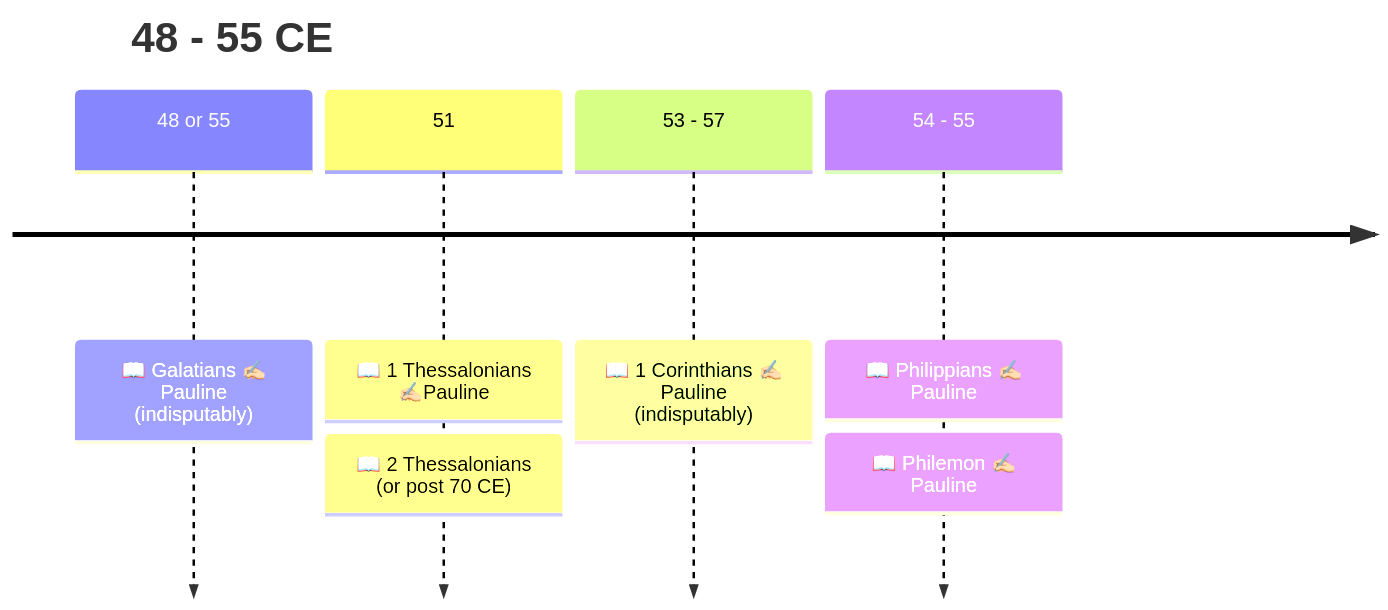
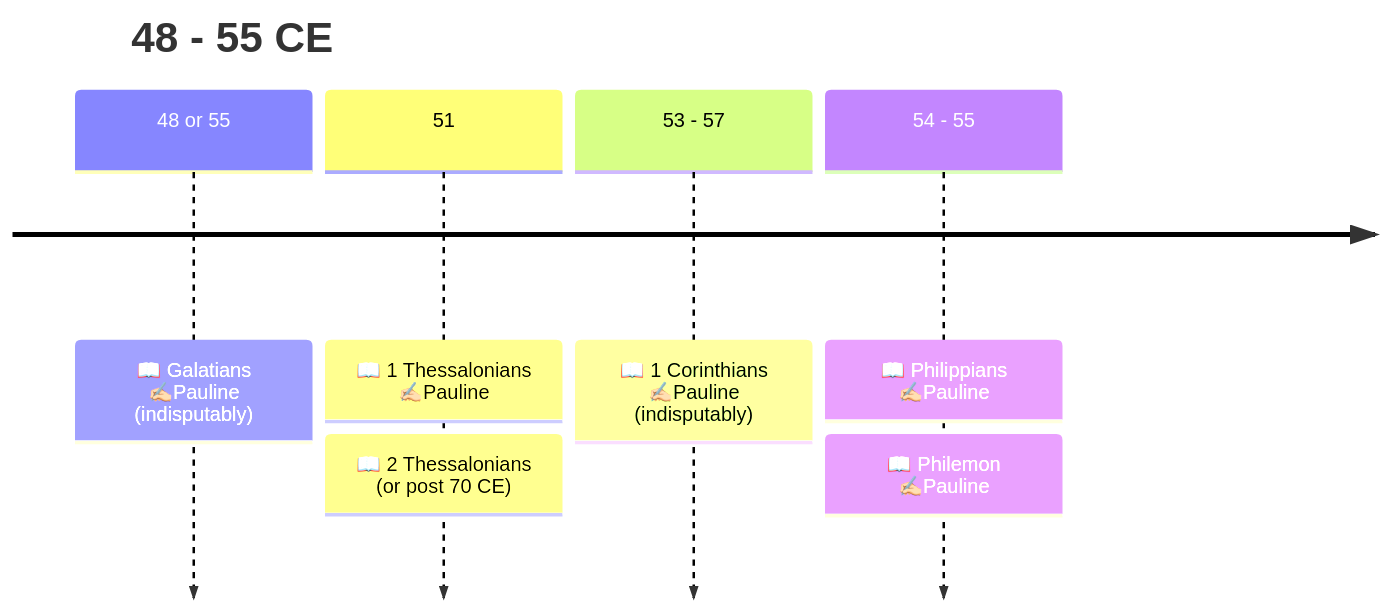
The second of 5 diagrams in bible/NT/timeline.md (mibstar-ventures/thechosen), drawn with Mermaid before and after one commit. The commit also changed other lines of this file, not shown here.

Commit message:
Additional zoomed timeline

```diff
--- a/bible/NT/timeline.md
+++ b/bible/NT/timeline.md
@@ -45,10 +48,10 @@
 <pre class="mermaid">
 timeline
     title 48 - 55 CE
-        48 or 55 : 📖 Galatians ✍🏼 Pauline (indisputably)
+        48 or 55 : 📖 Galatians ✍🏼Pauline (indisputably)
         51  : 📖 1 Thessalonians ✍🏼Pauline
         : 📖 2 Thessalonians (or post 70 CE) 
-        53 - 57 : 📖 1 Corinthians ✍🏼 Pauline (indisputably)
-        54 - 55 : 📖 Philippians ✍🏼 Pauline
-                : 📖 Philemon ✍🏼 Pauline
+        53 - 57 : 📖 1 Corinthians ✍🏼Pauline (indisputably)
+        54 - 55 : 📖 Philippians ✍🏼Pauline
+                : 📖 Philemon ✍🏼Pauline
 </pre>
```
